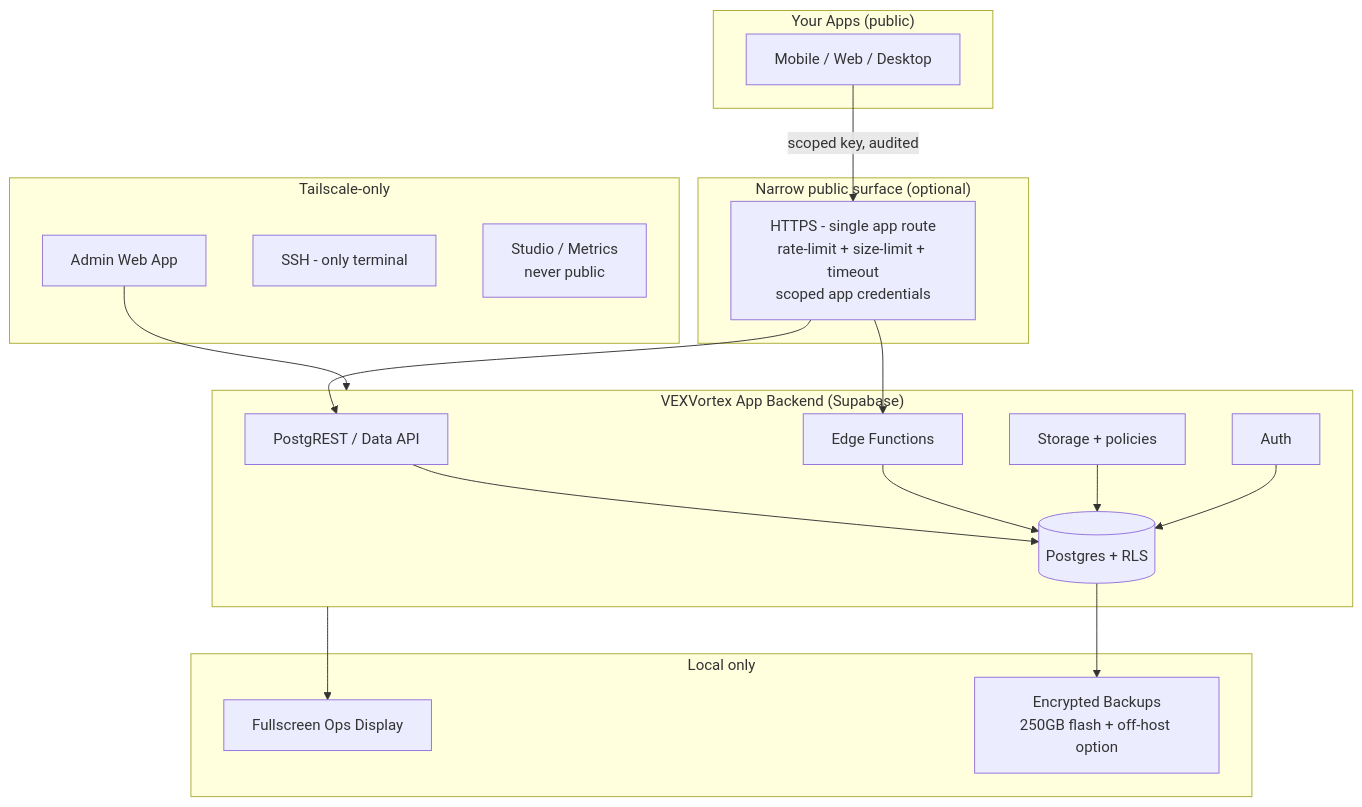
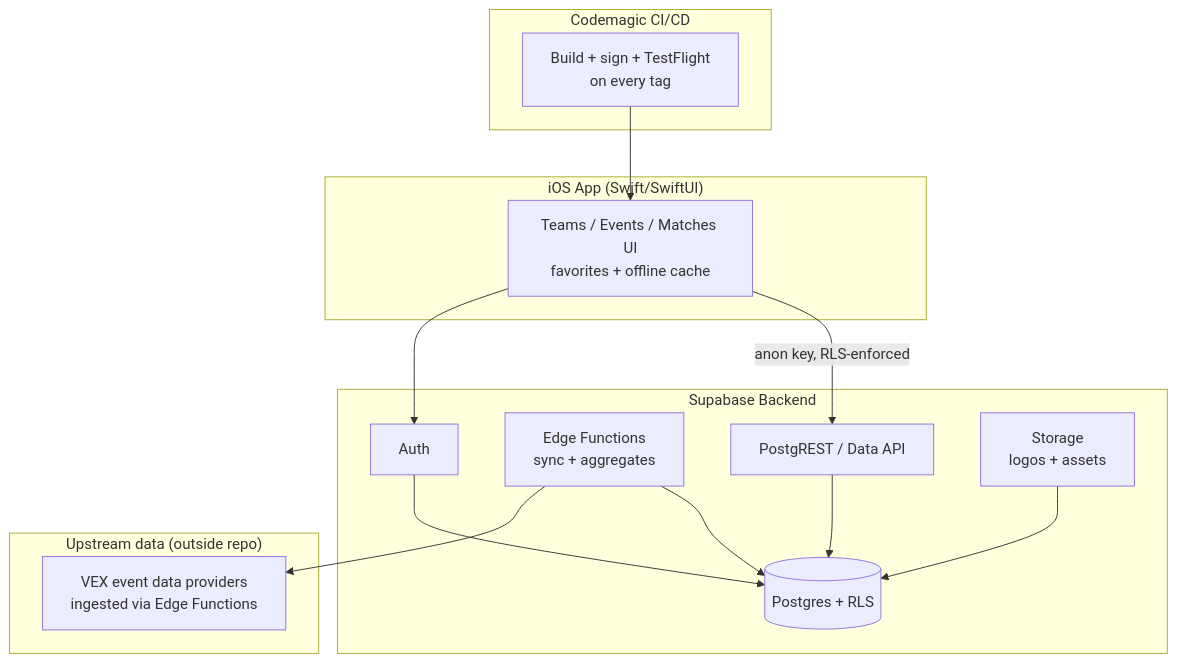
One commit to jonahchang207/VEXVortex changed the diagram in README.md. Above: the diagram before and after it, drawn with Mermaid. The commit also changed other lines of this file and 5 other files, not shown here.

First line of the commit message:
rebrand: VEXVortex is a VEX Robotics stats app (Supabase + iOS + Codemagic)

````diff
--- a/README.md
+++ b/README.md
@@ -62,39 +56,31 @@
 ```mermaid
 flowchart TB
-    subgraph Clients["Your Apps (public)"]
-        A[Mobile / Web / Desktop]
+    subgraph IOS["iOS App (Swift/SwiftUI)"]
+        A[Teams / Events / Matches UI<br/>favorites + offline cache]
     end
 
-    subgraph Edge["Narrow public surface (optional)"]
-        B[HTTPS - single app route<br/>rate-limit + size-limit + timeout<br/>scoped app credentials]
+    subgraph SB["Supabase Backend"]
+        B[PostgREST / Data API]
+        C[Edge Functions<br/>sync + aggregates]
+        D[(Postgres + RLS)]
+        E[Auth]
+        F[Storage<br/>logos + assets]
+        B --> D
+        C --> D
+        F --> D
+        E --> D
     end
 
-    subgraph Core["VEXVortex App Backend (Supabase)"]
-        C[PostgREST / Data API]
-        D[Edge Functions]
-        E[(Postgres + RLS)]
-        F[Storage + policies]
-        G[Auth]
-        C --> E
-        D --> E
-        F --> E
-        G --> E
+    subgraph PIPE["Codemagic CI/CD"]
+        G[Build + sign + TestFlight<br/>on every tag]
     end
 
-    subgraph Private["Tailscale-only"]
-        H[Admin Web App]
-        I[SSH - only terminal]
-        J[Studio / Metrics<br/>never public]
+    subgraph SRC["Upstream data (outside repo)"]
+        H[VEX event data providers<br/>ingested via Edge Functions]
     end
 
-    subgraph Local["Local only"]
-        K[Fullscreen Ops Display]
-        L[Encrypted Backups<br/>250GB flash + off-host option]
-    end
-
-    A -->|scoped key, audited| B --> C
-    B --> D
-    H --> Core
-    E --> L
-    Core --> K
+    A -->|anon key, RLS-enforced| B
+    A --> E
+    C --> H
+    G --> A
 ```
````
